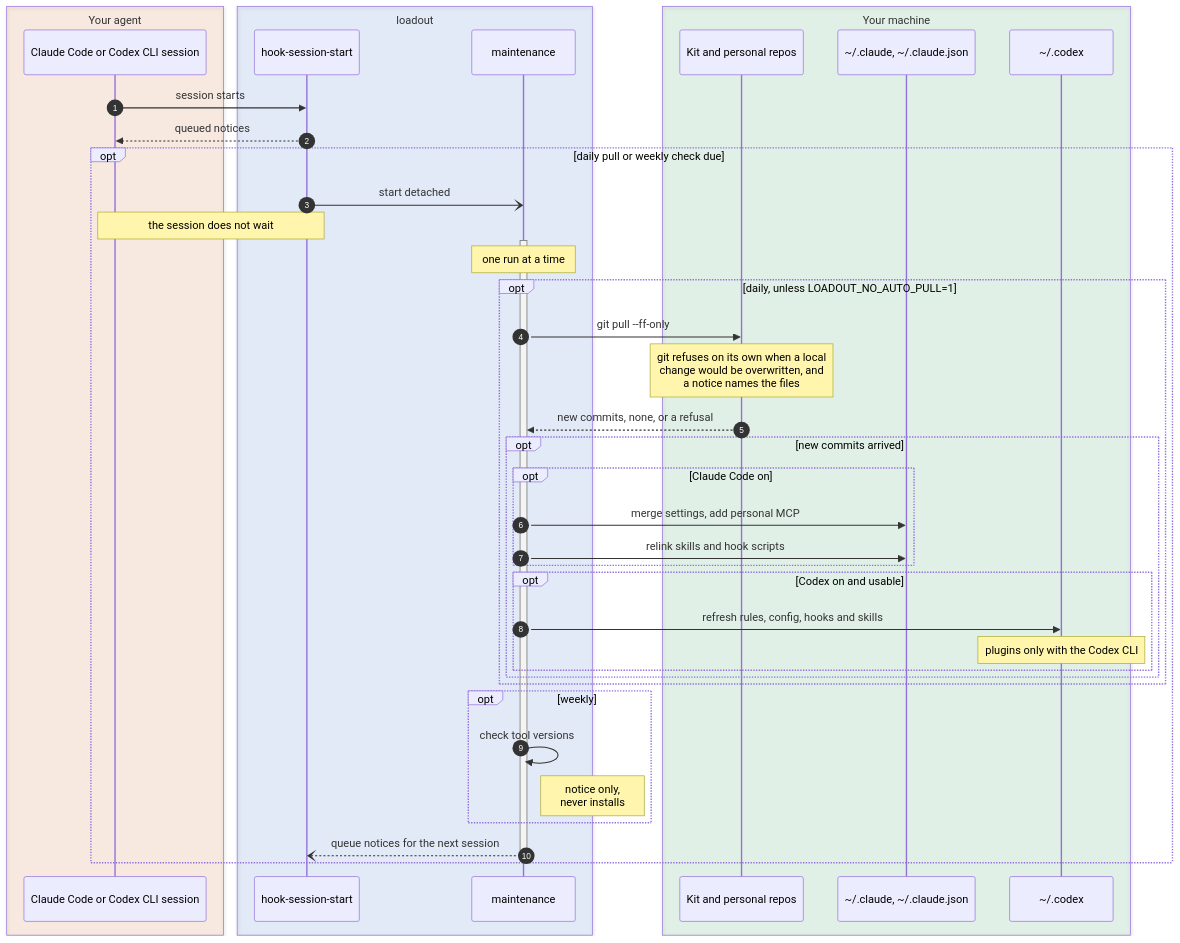
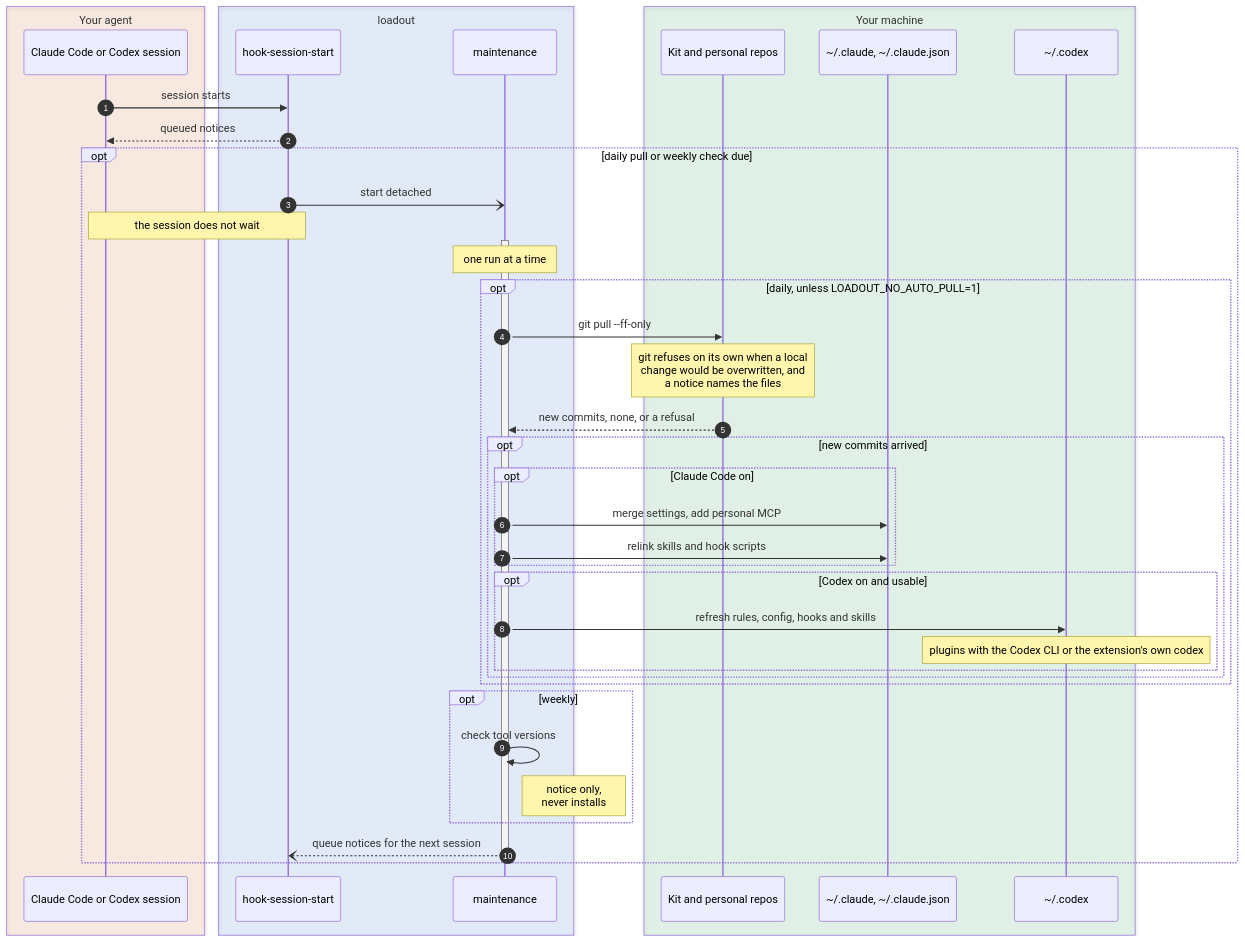
The diagram in docs/diagrams/architecture-daily-sync.mmd (jonasyr/agent-loadout), drawn with Mermaid before and after one commit. The commit also changed 58 other files, not shown here.

```diff
--- a/docs/diagrams/architecture-daily-sync.mmd
+++ b/docs/diagrams/architecture-daily-sync.mmd
@@ -1,44 +1,44 @@
 sequenceDiagram
   autonumber
   box rgba(234, 88, 12, 0.10) Your agent
-    participant S as Claude Code or Codex CLI session
+    participant S as Claude Code or Codex session
   end
   box rgba(37, 99, 235, 0.10) loadout
     participant H as hook-session-start
     participant M as maintenance
   end
   box rgba(22, 163, 74, 0.10) Your machine
     participant G as Kit and personal repos
     participant C as ~/.claude, ~/.claude.json
     participant X as ~/.codex
   end
 
   S->>H: session starts
   H-->>S: queued notices
   opt daily pull or weekly check due
     H-)M: start detached
     Note over S,H: the session does not wait
     activate M
     Note over M: one run at a time
     opt daily, unless LOADOUT_NO_AUTO_PULL=1
       M->>G: git pull --ff-only
       Note over G: git refuses on its own when a local<br/>change would be overwritten, and<br/>a notice names the files
       G-->>M: new commits, none, or a refusal
       opt new commits arrived
         opt Claude Code on
           M->>C: merge settings, add personal MCP
           M->>C: relink skills and hook scripts
         end
         opt Codex on and usable
           M->>X: refresh rules, config, hooks and skills
-          Note over X: plugins only with the Codex CLI
+          Note over X: plugins with the Codex CLI or the extension's own codex
         end
       end
     end
     opt weekly
       M->>M: check tool versions
       Note right of M: notice only,<br/>never installs
     end
     M--)H: queue notices for the next session
     deactivate M
   end
```
